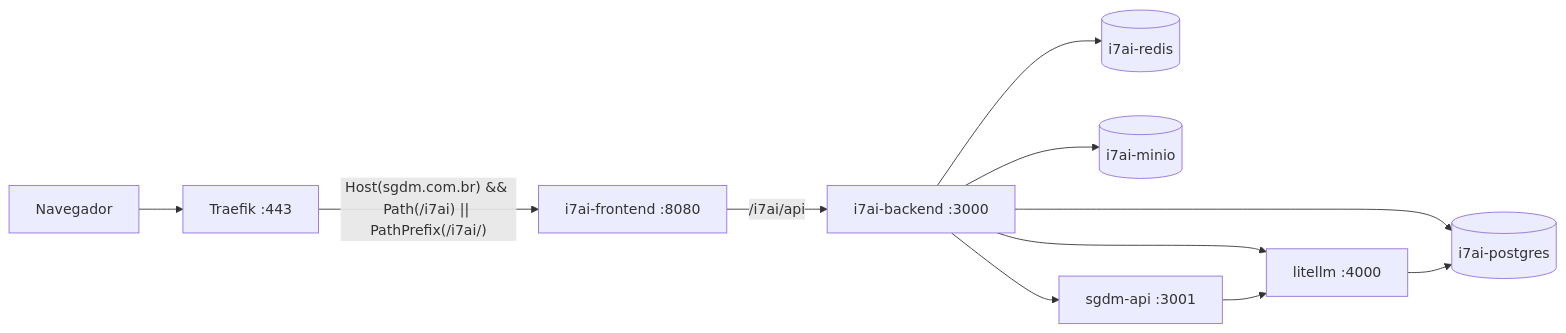
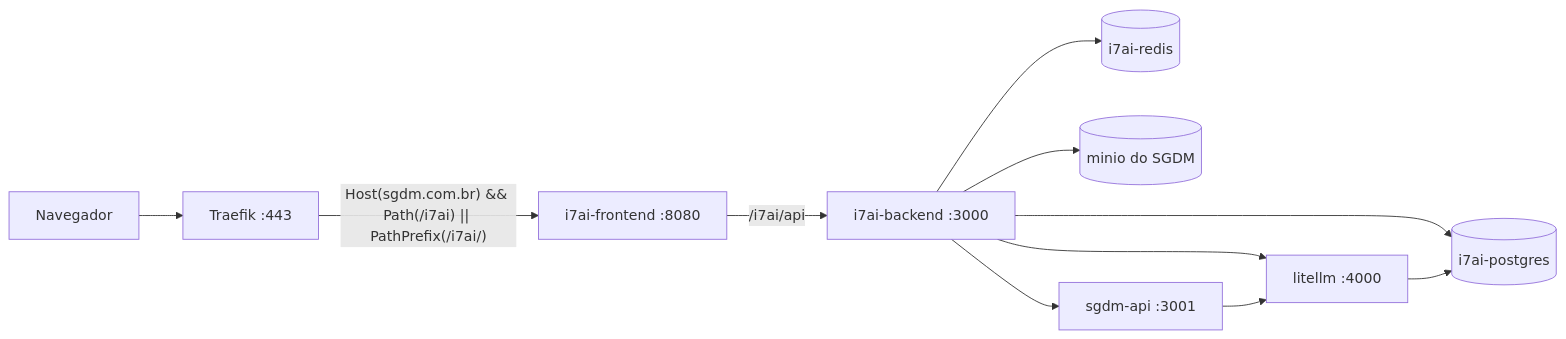
Before and after one commit to JEFERSON-ASSIS/i7ai-prefeituras: the diagram in portainer/README.md, drawn with Mermaid. The commit also changed other lines of this file and 5 other files, not shown here.

````diff
--- a/portainer/README.md
+++ b/portainer/README.md
@@ -11,13 +11,13 @@
 ```mermaid
 flowchart LR
   U[Navegador] --> T[Traefik :443]
   T -- "Host(sgdm.com.br) && Path(/i7ai) || PathPrefix(/i7ai/)" --> F[i7ai-frontend :8080]
   F -- /i7ai/api --> B[i7ai-backend :3000]
   B --> P[(i7ai-postgres)]
   B --> R[(i7ai-redis)]
-  B --> M[(i7ai-minio)]
+  B --> M[(minio do SGDM)]
   B --> L[litellm :4000]
   B --> S[sgdm-api :3001]
   S --> L
   L --> P
 ```
````
